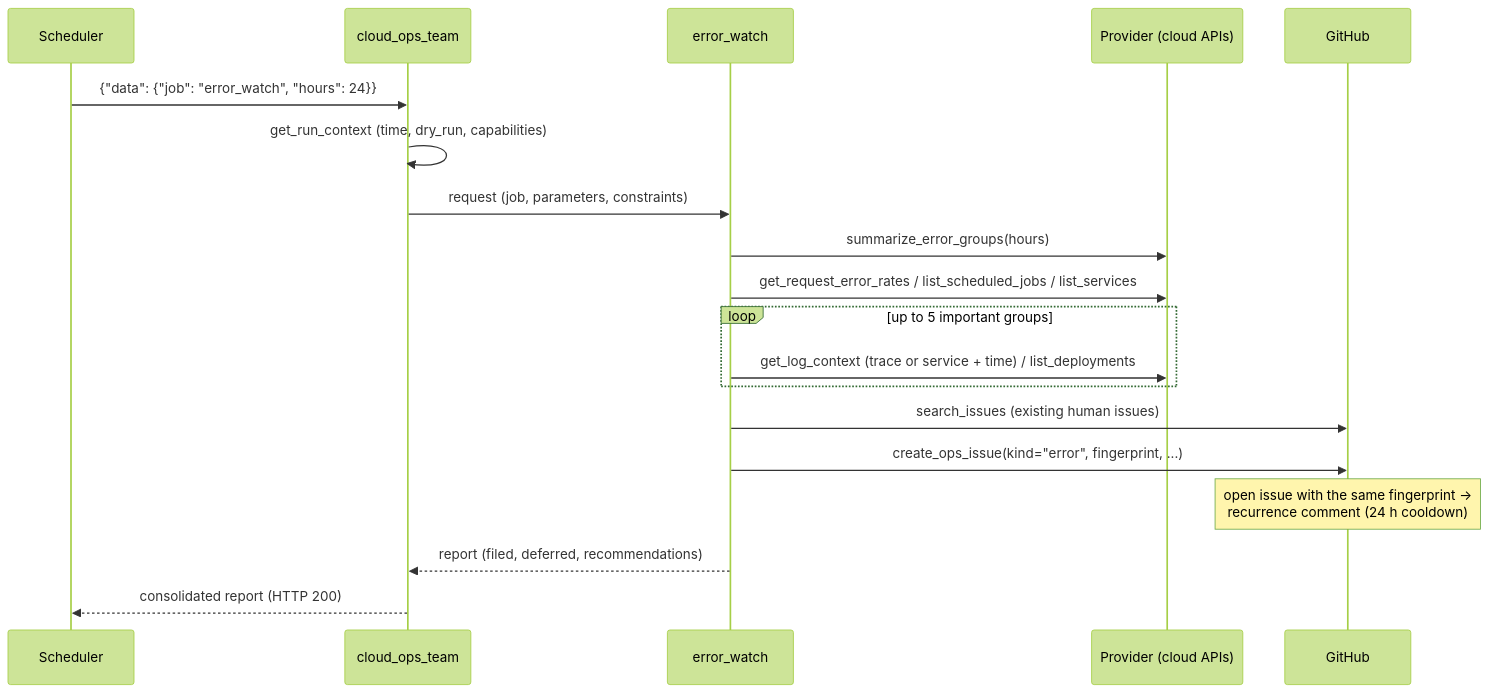
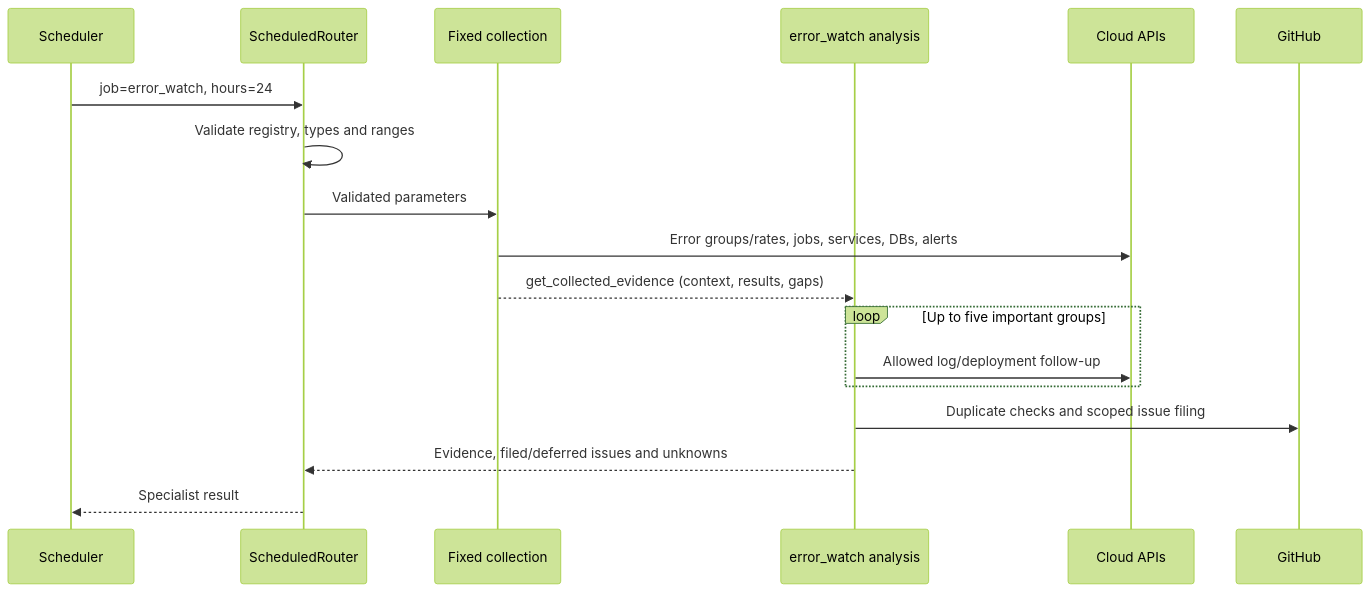
The third of 4 diagrams in docs/en/architecture.md (atsuki-sakai/cloud-ops-team), drawn with Mermaid (forest theme) before and after one commit. The commit also changed other lines of this file and 61 other files, not shown here.

````diff
--- a/docs/en/architecture.md
+++ b/docs/en/architecture.md
@@ -240,21 +244,20 @@
 ```mermaid
 sequenceDiagram
     participant S as Scheduler
-    participant R as cloud_ops_team
-    participant E as error_watch
-    participant C as Provider (cloud APIs)
+    participant R as ScheduledRouter
+    participant W as Fixed collection
+    participant E as error_watch analysis
+    participant C as Cloud APIs
     participant G as GitHub
-    S->>R: {"data": {"job": "error_watch", "hours": 24}}
-    R->>R: get_run_context (time, dry_run, capabilities)
-    R->>E: request (job, parameters, constraints)
-    E->>C: summarize_error_groups(hours)
-    E->>C: get_request_error_rates / list_scheduled_jobs / list_services
-    loop up to 5 important groups
-        E->>C: get_log_context (trace or service + time) / list_deployments
+    S->>R: job=error_watch, hours=24
+    R->>R: Validate registry, types and ranges
+    R->>W: Validated parameters
+    W->>C: Error groups/rates, jobs, services, DBs, alerts
+    W-->>E: get_collected_evidence (context, results, gaps)
+    loop Up to five important groups
+        E->>C: Allowed log/deployment follow-up
     end
-    E->>G: search_issues (existing human issues)
-    E->>G: create_ops_issue(kind="error", fingerprint, ...)
-    Note over G: open issue with the same fingerprint →<br/>recurrence comment (24 h cooldown)
-    E-->>R: report (filed, deferred, recommendations)
-    R-->>S: consolidated report (HTTP 200)
+    E->>G: Duplicate checks and scoped issue filing
+    E-->>R: Evidence, filed/deferred issues and unknowns
+    R-->>S: Specialist result
 ```
````
